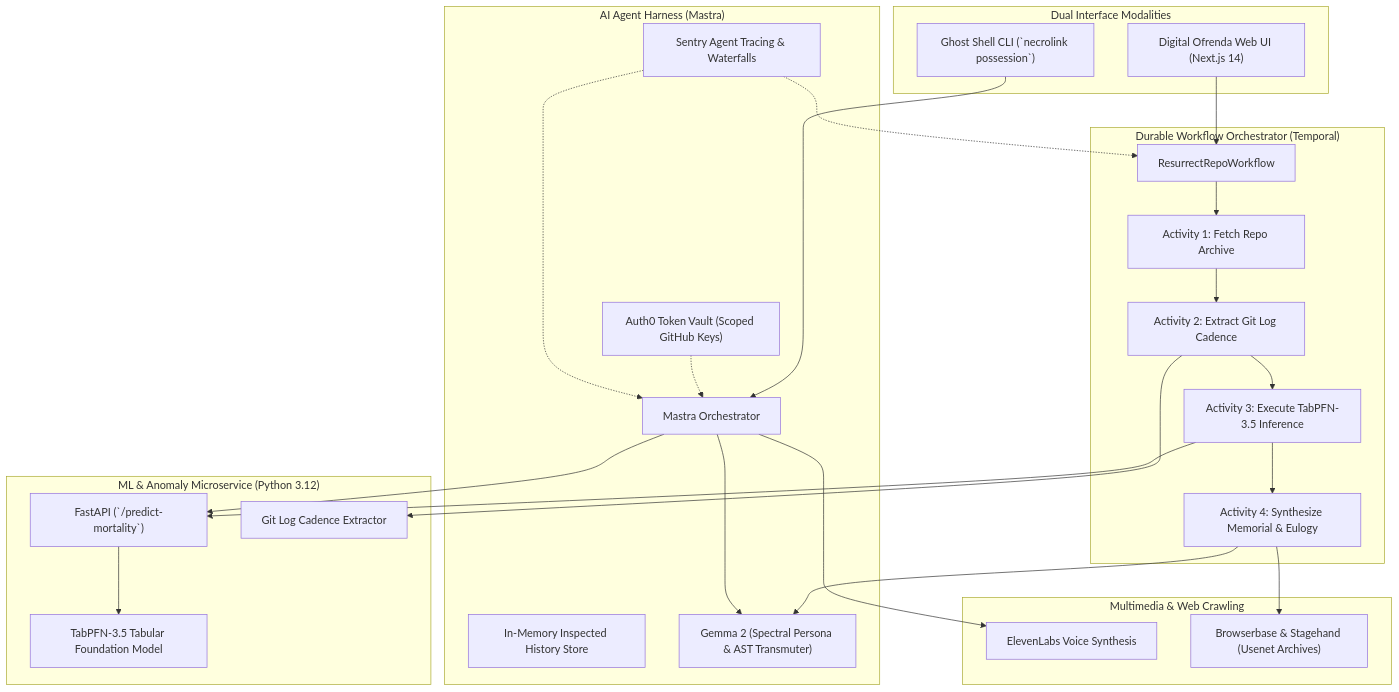
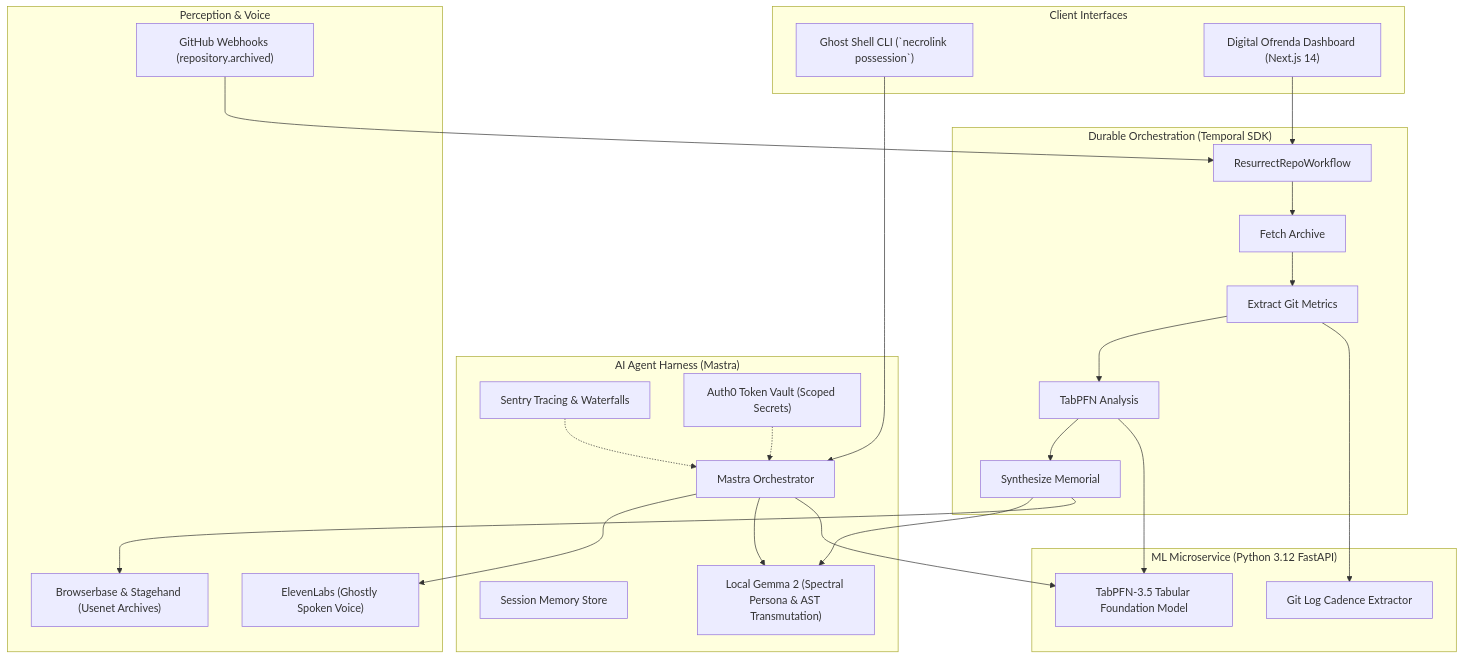
One commit to korrectional/necrolink changed the diagram in SUBMISSION_WRITEUP.md. Above: the diagram before and after it, drawn with Mermaid. The commit also changed other lines of this file, not shown here.

````diff
--- a/SUBMISSION_WRITEUP.md
+++ b/SUBMISSION_WRITEUP.md
@@ -22,48 +113,48 @@
 ```mermaid
-flowchart TD
-    subgraph UI ["Dual Interface Modalities"]
+graph TD
+    subgraph Client ["Client Interfaces"]
         CLI["Ghost Shell CLI (`necrolink possession`)"]
-        WEB["Digital Ofrenda Web UI (Next.js 14)"]
+        WEB["Digital Ofrenda Dashboard (Next.js 14)"]
     end
 
-    subgraph DurableWorkflows ["Durable Workflow Orchestrator (Temporal)"]
+    subgraph DurableExecution ["Durable Orchestration (Temporal SDK)"]
         WORKFLOW["ResurrectRepoWorkflow"]
-        ACT1["Activity 1: Fetch Repo Archive"]
-        ACT2["Activity 2: Extract Git Log Cadence"]
-        ACT3["Activity 3: Execute TabPFN-3.5 Inference"]
-        ACT4["Activity 4: Synthesize Memorial & Eulogy"]
+        ACT1["Fetch Archive"]
+        ACT2["Extract Git Metrics"]
+        ACT3["TabPFN Analysis"]
+        ACT4["Synthesize Memorial"]
     end
 
     subgraph AgentHarness ["AI Agent Harness (Mastra)"]
         MASTRA["Mastra Orchestrator"]
-        MEMORY["In-Memory Inspected History Store"]
-        GEMMA["Gemma 2 (Spectral Persona & AST Transmuter)"]
-        TELEMETRY["Sentry Agent Tracing & Waterfalls"]
-        VAULT["Auth0 Token Vault (Scoped GitHub Keys)"]
+        MEMORY["Session Memory Store"]
+        GEMMA["Local Gemma 2 (Spectral Persona & AST Transmutation)"]
+        TELEMETRY["Sentry Tracing & Waterfalls"]
+        VAULT["Auth0 Token Vault (Scoped Secrets)"]
     end
 
-    subgraph MLEngine ["ML & Anomaly Microservice (Python 3.12)"]
-        FASTAPI["FastAPI (`/predict-mortality`)"]
+    subgraph MLMicroservice ["ML Microservice (Python 3.12 FastAPI)"]
         TABPFN["TabPFN-3.5 Tabular Foundation Model"]
         EXTRACTOR["Git Log Cadence Extractor"]
     end
 
-    subgraph AudioAndWeb ["Multimedia & Web Crawling"]
-        ELEVEN["ElevenLabs Voice Synthesis"]
+    subgraph External ["Perception & Voice"]
+        ELEVEN["ElevenLabs (Ghostly Spoken Voice)"]
         STAGEHAND["Browserbase & Stagehand (Usenet Archives)"]
+        WEBHOOK["GitHub Webhooks (repository.archived)"]
     end
 
     CLI --> MASTRA
     WEB --> WORKFLOW
+    WEBHOOK --> WORKFLOW
     WORKFLOW --> ACT1 --> ACT2 --> ACT3 --> ACT4
     ACT2 --> EXTRACTOR
-    ACT3 --> FASTAPI --> TABPFN
+    ACT3 --> TABPFN
     ACT4 --> GEMMA
     ACT4 --> STAGEHAND
     MASTRA --> ELEVEN
     MASTRA --> GEMMA
-    MASTRA --> FASTAPI
+    MASTRA --> TABPFN
     VAULT -.-> MASTRA
     TELEMETRY -.-> MASTRA
-    TELEMETRY -.-> WORKFLOW
 ```
````
